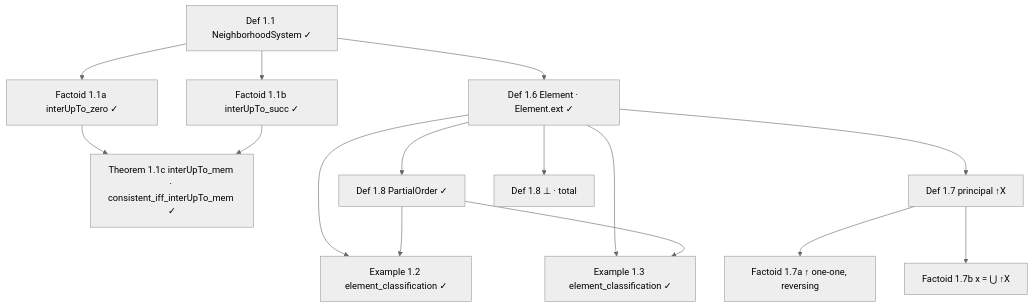
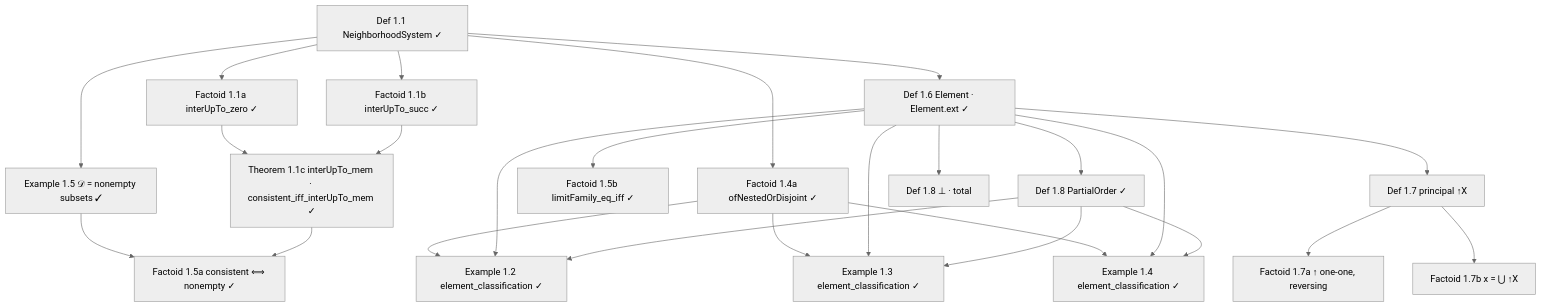
One commit to catskillsresearch/domain_theory changed the seventh of 9 diagrams in arxiv.md. Above: the diagram before and after it, drawn with Mermaid (neutral theme). The commit also changed other lines of this file and 5 other files, not shown here.

First line of the commit message:
feat(Domain): formalize NestedOrDisjoint and limitFamily in Neighborhood documentation

````diff
--- a/arxiv.md
+++ b/arxiv.md
@@ -1180,30 +1180,45 @@
 ```mermaid
 flowchart TD
   D11["Def 1.1 NeighborhoodSystem ✓"]
   F11a["Factoid 1.1a interUpTo_zero ✓"]
   F11b["Factoid 1.1b interUpTo_succ ✓"]
   T11c["Theorem 1.1c interUpTo_mem · consistent_iff_interUpTo_mem ✓"]
   E12["Example 1.2 element_classification ✓"]
   E13["Example 1.3 element_classification ✓"]
+  E14["Example 1.4 element_classification ✓"]
+  F14a["Factoid 1.4a ofNestedOrDisjoint ✓"]
+  E15["Example 1.5 𝒟 = nonempty subsets ✓"]
+  F15a["Factoid 1.5a consistent ⟺ nonempty ✓"]
+  F15b["Factoid 1.5b limitFamily_eq_iff ✓"]
   D16["Def 1.6 Element · Element.ext ✓"]
   D18o["Def 1.8 PartialOrder ✓"]
   D17["Def 1.7 principal ↑X"]
   F17a["Factoid 1.7a ↑ one-one, reversing"]
   F17b["Factoid 1.7b x = ⋃ ↑X"]
   D18b["Def 1.8 ⊥ · total"]
 
   D11 --> F11a
   D11 --> F11b
   F11a --> T11c
   F11b --> T11c
   D11 --> D16
+  D11 --> F14a
+  F14a --> E12
+  F14a --> E13
+  F14a --> E14
   D16 --> D18o
   D16 --> E12
   D18o --> E12
   D16 --> E13
   D18o --> E13
+  D16 --> E14
+  D18o --> E14
+  D11 --> E15
+  E15 --> F15a
+  T11c --> F15a
+  D16 --> F15b
   D16 --> D17
   D17 --> F17a
   D17 --> F17b
   D16 --> D18b
 ```
````
